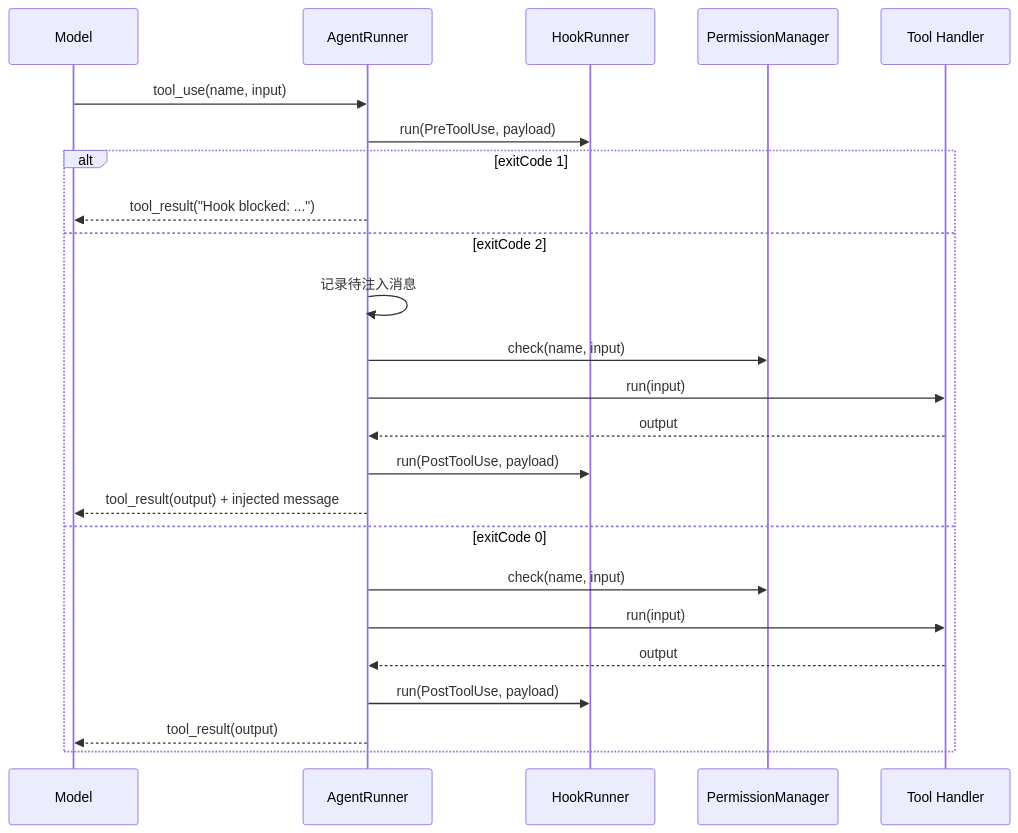
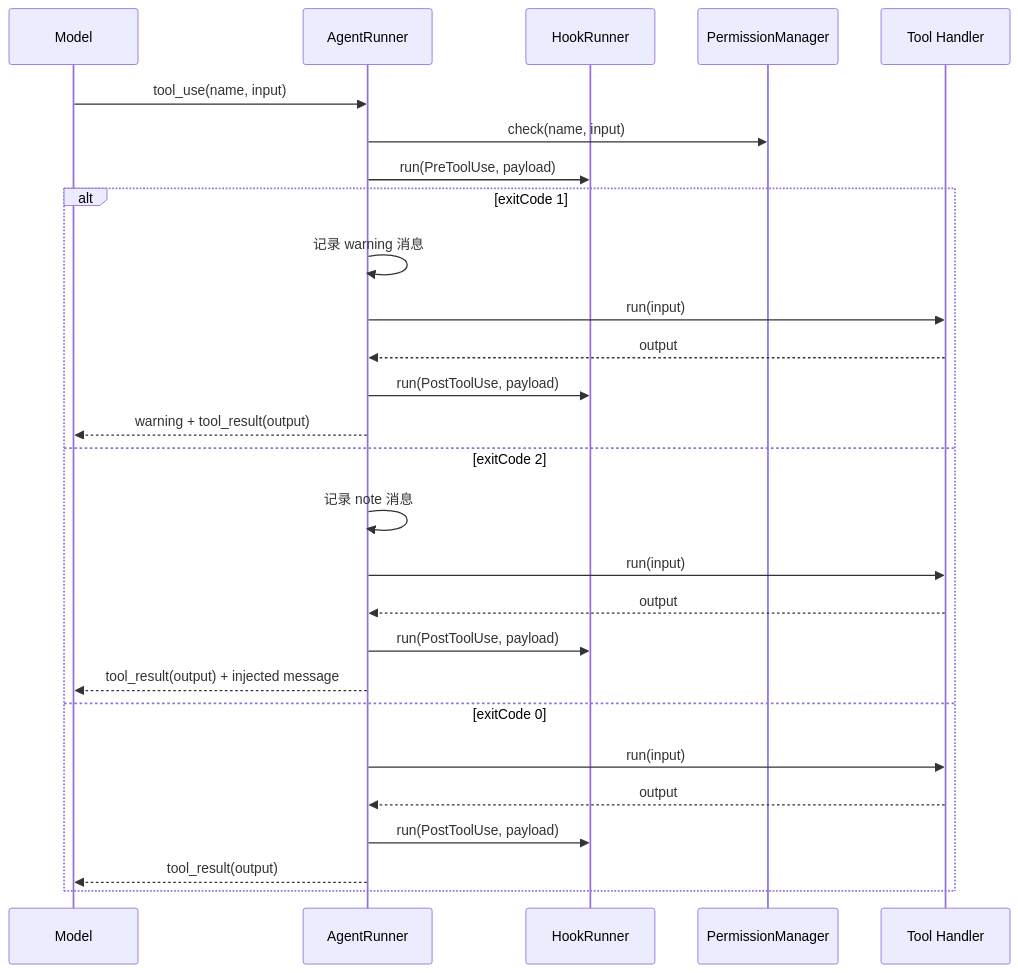
Before and after one commit to RicardosRoss/ts-learn-claude-code: the second of 2 diagrams in docs/feat/s08-hooks-development.md, drawn with Mermaid. The commit also changed other lines of this file and 10 other files, not shown here.

````diff
--- a/docs/feat/s08-hooks-development.md
+++ b/docs/feat/s08-hooks-development.md
@@ -84,27 +84,30 @@
 ```mermaid
 sequenceDiagram
     participant M as Model
     participant R as AgentRunner
     participant H as HookRunner
     participant P as PermissionManager
     participant T as Tool Handler
 
     M->>R: tool_use(name, input)
+    R->>P: check(name, input)
     R->>H: run(PreToolUse, payload)
     alt exitCode 1
-        R-->>M: tool_result("Hook blocked: ...")
+        R->>R: 记录 warning 消息
+        R->>T: run(input)
+        T-->>R: output
+        R->>H: run(PostToolUse, payload)
+        R-->>M: warning + tool_result(output)
     else exitCode 2
-        R->>R: 记录待注入消息
-        R->>P: check(name, input)
+        R->>R: 记录 note 消息
         R->>T: run(input)
         T-->>R: output
         R->>H: run(PostToolUse, payload)
         R-->>M: tool_result(output) + injected message
     else exitCode 0
-        R->>P: check(name, input)
         R->>T: run(input)
         T-->>R: output
         R->>H: run(PostToolUse, payload)
         R-->>M: tool_result(output)
     end
 ```
````
